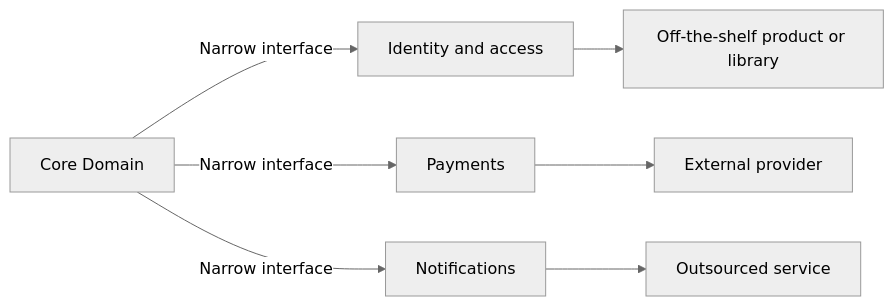
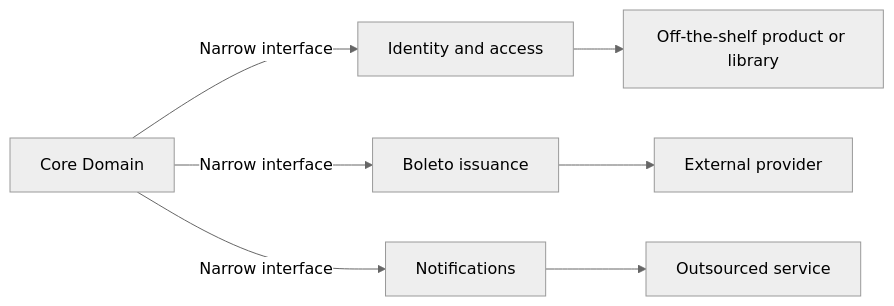
One commit to alancesar/design-patterns changed the diagram in i18n/en/docusaurus-plugin-content-docs/current/design/ddd/distillation/generic-subdomains.md. Above: the diagram before and after it, drawn with Mermaid (neutral theme). The commit also changed other lines of this file and 67 other files, not shown here.

First line of the commit message:
Switch DDD examples and diagrams to fintech scenarios

````diff
--- a/i18n/en/docusaurus-plugin-content-docs/current/design/ddd/distillation/generic-subdomains.md
+++ b/i18n/en/docusaurus-plugin-content-docs/current/design/ddd/distillation/generic-subdomains.md
@@ -56,9 +56,9 @@
 ```mermaid
 flowchart LR
     A["Core Domain"] -->|"Narrow interface"| B["Identity and access"]
-    A -->|"Narrow interface"| C["Payments"]
+    A -->|"Narrow interface"| C["Boleto issuance"]
     A -->|"Narrow interface"| D["Notifications"]
     B --> E["Off-the-shelf product or library"]
     C --> F["External provider"]
     D --> G["Outsourced service"]
 ```
````
